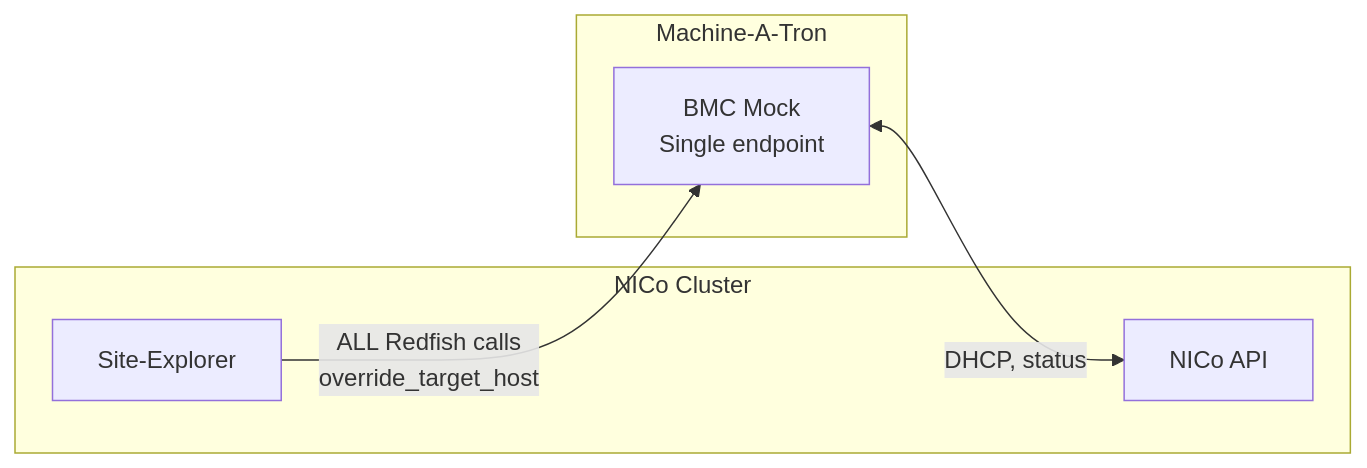
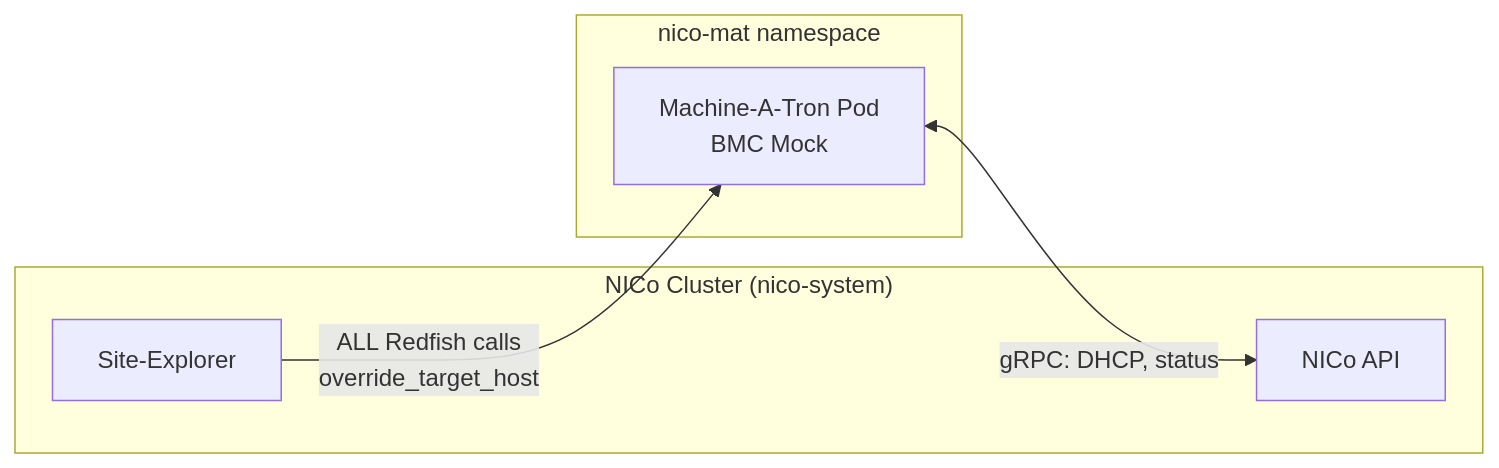
Before and after one commit to NVIDIA/bare-metal-manager-core: the second of 3 diagrams in helm/charts/nico-machine-a-tron/README.md, drawn with Mermaid. The commit also changed other lines of this file, not shown here.

Commit message:
chore(helm): nico machine-a-tron readme

````diff
--- a/helm/charts/nico-machine-a-tron/README.md
+++ b/helm/charts/nico-machine-a-tron/README.md
@@ -46,14 +46,14 @@
 ```mermaid
 flowchart LR
-    subgraph NICo["NICo Cluster"]
+    subgraph NICo["NICo Cluster (nico-system)"]
         SE[Site-Explorer]
         API[NICo API]
     end
 
-    subgraph MAT["Machine-A-Tron"]
-        BMC[BMC Mock<br/>Single endpoint]
+    subgraph MAT["nico-mat namespace"]
+        BMC[Machine-A-Tron Pod<br/>BMC Mock]
     end
 
     SE -->|"ALL Redfish calls<br/>override_target_host"| BMC
-    BMC <-->|"DHCP, status"| API
+    BMC <-->|"gRPC: DHCP, status"| API
 ```
````
